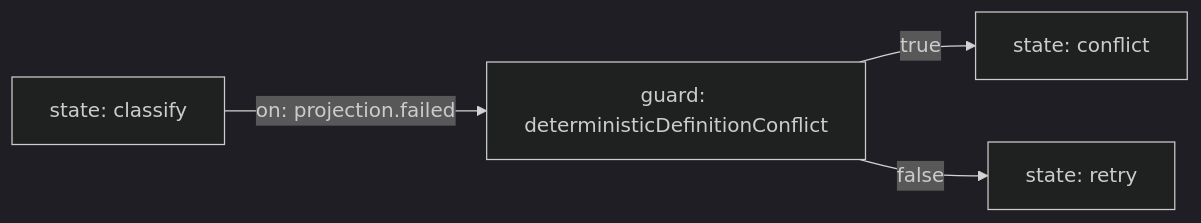
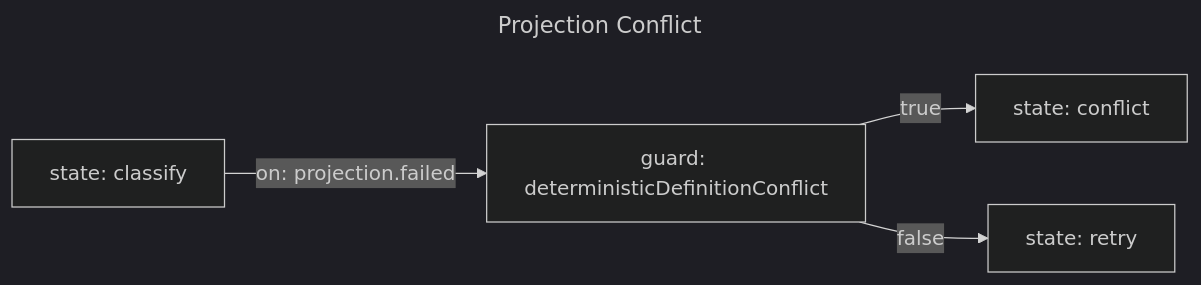
Before and after one commit to lalalic/agents-relay: the diagram in workflow/projection-conflict.mmd, drawn with Mermaid (dark theme). The commit also changed 19 other files, not shown here.

Commit message:
docs(workflow): describe each Mermaid graph with frontmatter

```diff
--- a/workflow/projection-conflict.mmd
+++ b/workflow/projection-conflict.mmd
@@ -1,11 +1,15 @@
+---
+title: Projection Conflict
+description: Detects and resolves conflicting workflow state projections against authoritative facts.
+---
 flowchart LR
 %% relay: initial classify
 classify["state: classify"]
 retry["state: retry"]
 conflict["state: conflict"]
 
 deterministic["guard: deterministicDefinitionConflict"]
 
 classify -->|on: projection.failed| deterministic
 deterministic -->|true| conflict
 deterministic -->|false| retry
```
